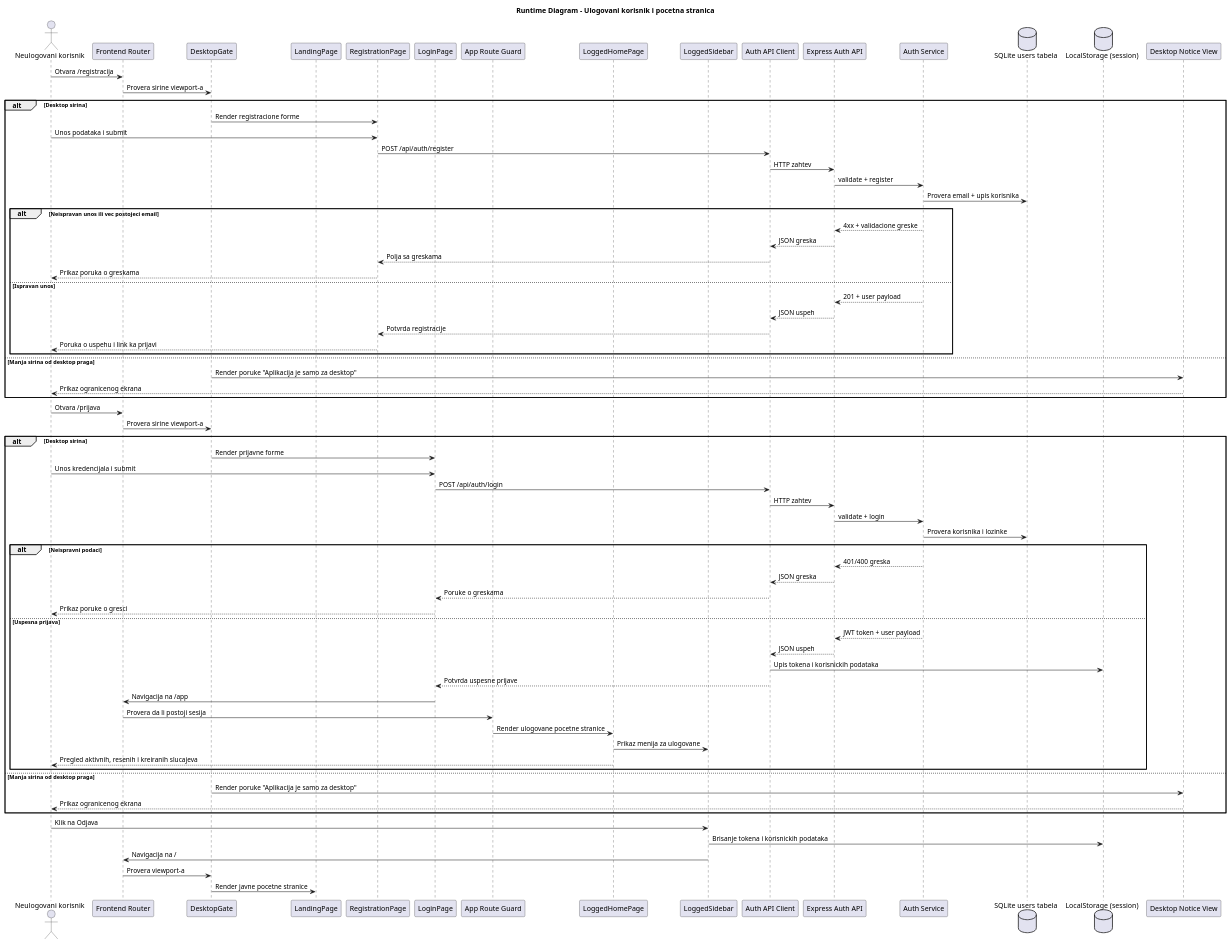
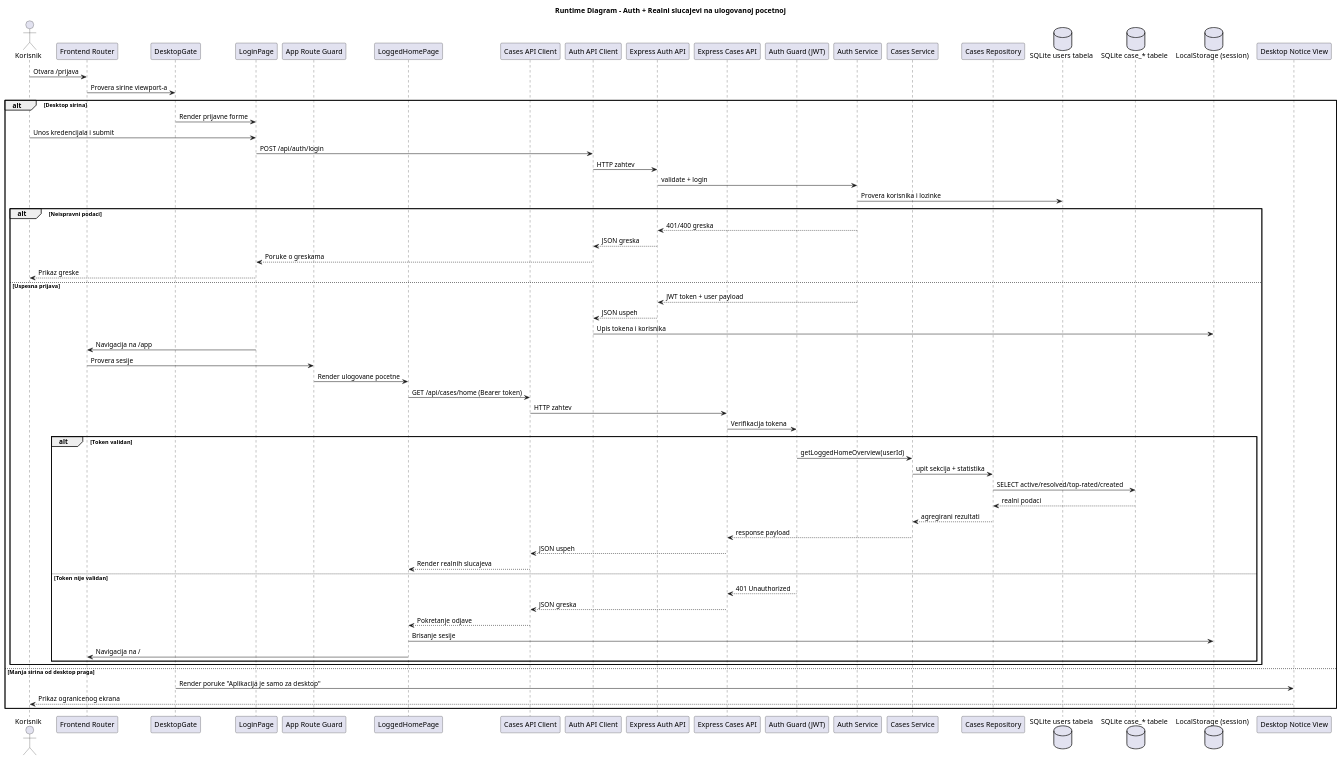
One commit to bagi002/INSPEKTOR changed the diagram in Docs/architecture/runtime_diagram.puml. Above: the diagram before and after it, drawn with PlantUML. The commit also changed 25 other files, not shown here.

```diff
--- a/Docs/architecture/runtime_diagram.puml
+++ b/Docs/architecture/runtime_diagram.puml
@@ -1,85 +1,72 @@
 @startuml Runtime Diagram
-title Runtime Diagram - Ulogovani korisnik i pocetna stranica
+title Runtime Diagram - Auth + Realni slucajevi na ulogovanoj pocetnoj
 
-actor "Neulogovani korisnik" as Guest
+actor "Korisnik" as User
 participant "Frontend Router" as Router
 participant "DesktopGate" as Gate
-participant "LandingPage" as Landing
-participant "RegistrationPage" as Registration
 participant "LoginPage" as Login
 participant "App Route Guard" as Guard
 participant "LoggedHomePage" as LoggedHome
-participant "LoggedSidebar" as LoggedMenu
-participant "Auth API Client" as ApiClient
+participant "Cases API Client" as CasesClient
+participant "Auth API Client" as AuthClient
 participant "Express Auth API" as AuthApi
+participant "Express Cases API" as CasesApi
+participant "Auth Guard (JWT)" as JwtGuard
 participant "Auth Service" as AuthService
+participant "Cases Service" as CasesService
+participant "Cases Repository" as CasesRepo
 database "SQLite users tabela" as UsersStore
+database "SQLite case_* tabele" as CasesStore
 database "LocalStorage (session)" as SessionStore
 participant "Desktop Notice View" as Notice
 
-Guest -> Router: Otvara /registracija
-Router -> Gate: Provera sirine viewport-a
-
-alt Desktop sirina
-  Gate -> Registration: Render registracione forme
-  Guest -> Registration: Unos podataka i submit
-  Registration -> ApiClient: POST /api/auth/register
-  ApiClient -> AuthApi: HTTP zahtev
-  AuthApi -> AuthService: validate + register
-  AuthService -> UsersStore: Provera email + upis korisnika
-
-  alt Neispravan unos ili vec postojeci email
-    AuthService --> AuthApi: 4xx + validacione greske
-    AuthApi --> ApiClient: JSON greska
-    ApiClient --> Registration: Polja sa greskama
-    Registration --> Guest: Prikaz poruka o greskama
-  else Ispravan unos
-    AuthService --> AuthApi: 201 + user payload
-    AuthApi --> ApiClient: JSON uspeh
-    ApiClient --> Registration: Potvrda registracije
-    Registration --> Guest: Poruka o uspehu i link ka prijavi
-  end
-else Manja sirina od desktop praga
-  Gate -> Notice: Render poruke "Aplikacija je samo za desktop"
-  Notice --> Guest: Prikaz ogranicenog ekrana
-end
-
-Guest -> Router: Otvara /prijava
+User -> Router: Otvara /prijava
 Router -> Gate: Provera sirine viewport-a
 
 alt Desktop sirina
   Gate -> Login: Render prijavne forme
-  Guest -> Login: Unos kredencijala i submit
-  Login -> ApiClient: POST /api/auth/login
-  ApiClient -> AuthApi: HTTP zahtev
+  User -> Login: Unos kredencijala i submit
+  Login -> AuthClient: POST /api/auth/login
+  AuthClient -> AuthApi: HTTP zahtev
   AuthApi -> AuthService: validate + login
   AuthService -> UsersStore: Provera korisnika i lozinke
 
   alt Neispravni podaci
     AuthService --> AuthApi: 401/400 greska
-    AuthApi --> ApiClient: JSON greska
-    ApiClient --> Login: Poruke o greskama
-    Login --> Guest: Prikaz poruke o gresci
+    AuthApi --> AuthClient: JSON greska
+    AuthClient --> Login: Poruke o greskama
+    Login --> User: Prikaz greske
   else Uspesna prijava
     AuthService --> AuthApi: JWT token + user payload
-    AuthApi --> ApiClient: JSON uspeh
-    ApiClient -> SessionStore: Upis tokena i korisnickih podataka
-    ApiClient --> Login: Potvrda uspesne prijave
+    AuthApi --> AuthClient: JSON uspeh
+    AuthClient -> SessionStore: Upis tokena i korisnika
     Login -> Router: Navigacija na /app
-    Router -> Guard: Provera da li postoji sesija
-    Guard -> LoggedHome: Render ulogovane pocetne stranice
-    LoggedHome -> LoggedMenu: Prikaz menija za ulogovane
-    LoggedHome --> Guest: Pregled aktivnih, resenih i kreiranih slucajeva
+    Router -> Guard: Provera sesije
+    Guard -> LoggedHome: Render ulogovane pocetne
+    LoggedHome -> CasesClient: GET /api/cases/home (Bearer token)
+    CasesClient -> CasesApi: HTTP zahtev
+    CasesApi -> JwtGuard: Verifikacija tokena
+
+    alt Token validan
+      JwtGuard -> CasesService: getLoggedHomeOverview(userId)
+      CasesService -> CasesRepo: upit sekcija + statistika
+      CasesRepo -> CasesStore: SELECT active/resolved/top-rated/created
+      CasesStore --> CasesRepo: realni podaci
+      CasesRepo --> CasesService: agregirani rezultati
+      CasesService --> CasesApi: response payload
+      CasesApi --> CasesClient: JSON uspeh
+      CasesClient --> LoggedHome: Render realnih slucajeva
+    else Token nije validan
+      JwtGuard --> CasesApi: 401 Unauthorized
+      CasesApi --> CasesClient: JSON greska
+      CasesClient --> LoggedHome: Pokretanje odjave
+      LoggedHome -> SessionStore: Brisanje sesije
+      LoggedHome -> Router: Navigacija na /
+    end
   end
 else Manja sirina od desktop praga
   Gate -> Notice: Render poruke "Aplikacija je samo za desktop"
-  Notice --> Guest: Prikaz ogranicenog ekrana
+  Notice --> User: Prikaz ogranicenog ekrana
 end
 
-Guest -> LoggedMenu: Klik na Odjava
-LoggedMenu -> SessionStore: Brisanje tokena i korisnickih podataka
-LoggedMenu -> Router: Navigacija na /
-Router -> Gate: Provera viewport-a
-Gate -> Landing: Render javne pocetne stranice
-
 @enduml
```
